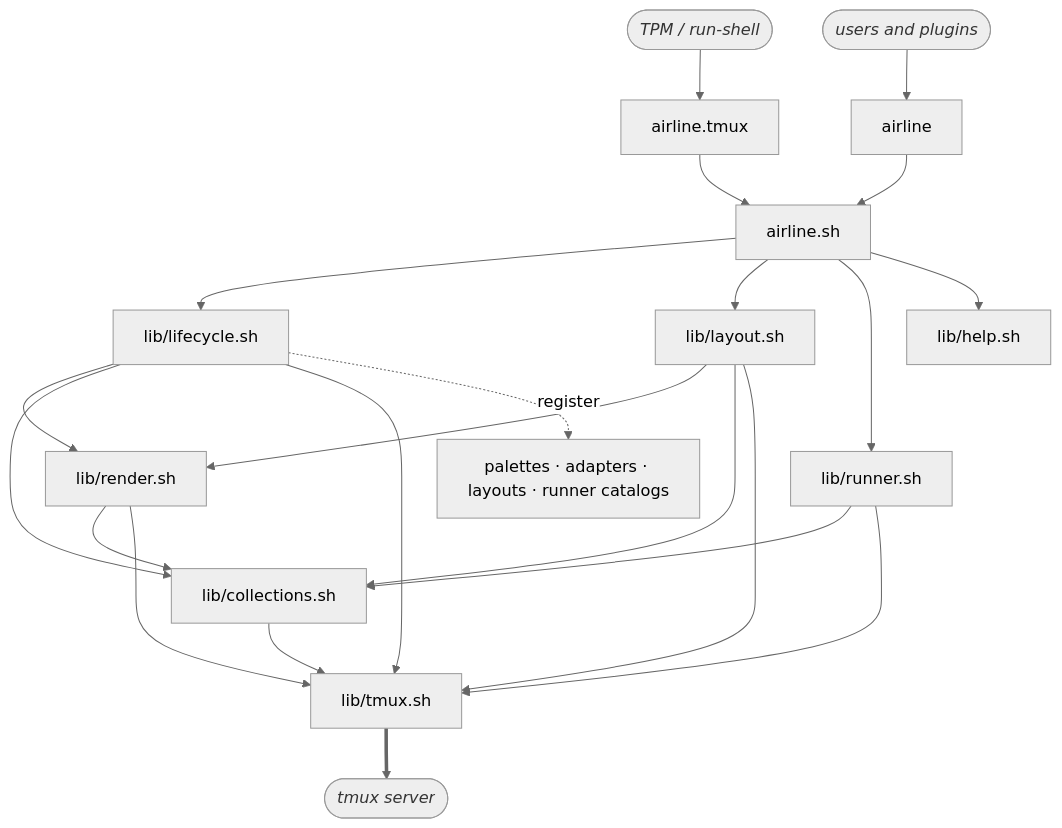
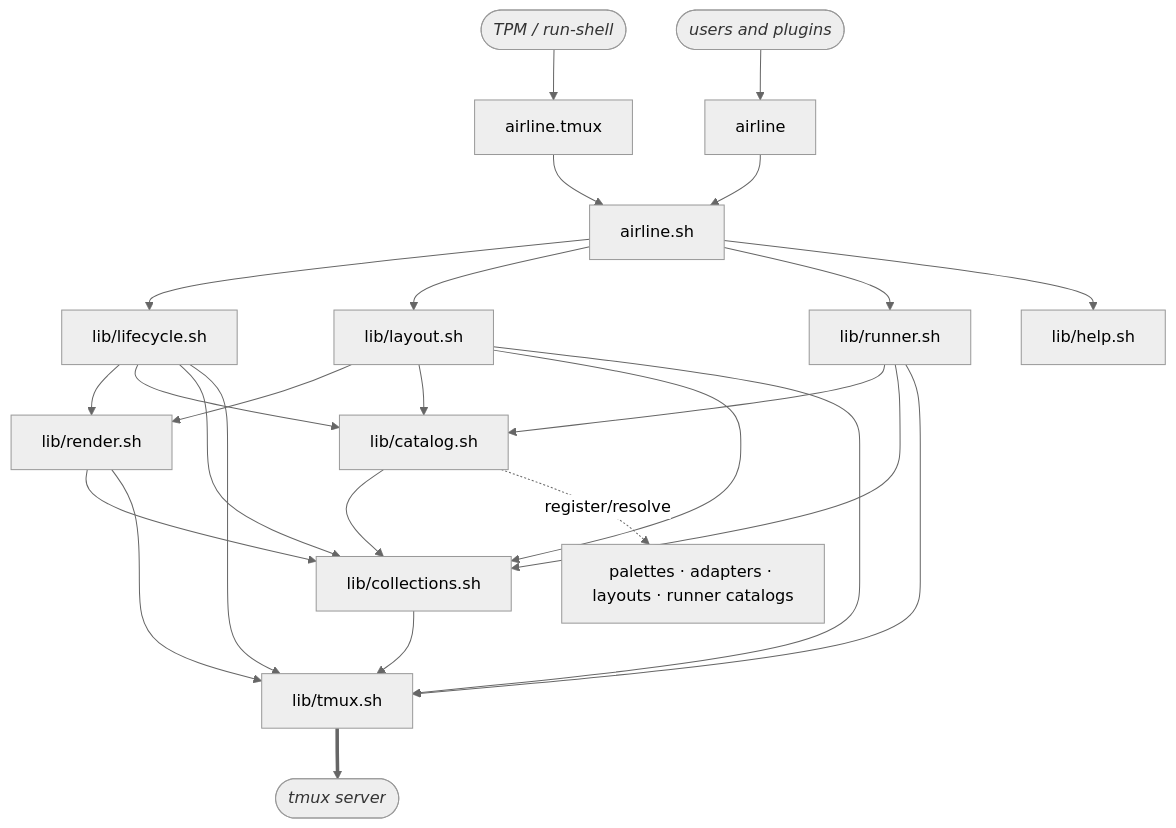
One commit to andrewjstryker/tmux-airline changed the first of 2 diagrams in DESIGN.md. Above: the diagram before and after it, drawn with Mermaid (neutral theme). The commit also changed other lines of this file and 10 other files, not shown here.

````diff
--- a/DESIGN.md
+++ b/DESIGN.md
@@ -56,26 +57,30 @@
 ```mermaid
 graph TD
     TPM([TPM / run-shell]):::ext --> ENTRY[airline.tmux]
     EXT([users and plugins]):::ext --> SHIM[airline]
     ENTRY --> CLI[airline.sh]
     SHIM --> CLI
     CLI --> LIFE[lib/lifecycle.sh]
     CLI --> LAYOUT[lib/layout.sh]
     CLI --> RUNNER[lib/runner.sh]
     CLI --> HELP[lib/help.sh]
     LIFE --> LOGIC[lib/render.sh]
     LAYOUT --> LOGIC
+    LIFE --> CAT[lib/catalog.sh]
+    LAYOUT --> CAT
+    RUNNER --> CAT
+    CAT --> COLL
     LIFE --> COLL[lib/collections.sh]
     LAYOUT --> COLL
     RUNNER --> COLL
     LOGIC --> COLL
     LIFE --> MECH[lib/tmux.sh]
     LAYOUT --> MECH
     RUNNER --> MECH
     LOGIC --> MECH
     COLL --> MECH
-    LIFE -. register .-> FILES[palettes · adapters · layouts · runner catalogs]
+    CAT -. register/resolve .-> FILES[palettes · adapters · layouts · runner catalogs]
     MECH ==> TMUX([tmux server]):::ext
 
     classDef ext fill:#eee,stroke:#999,color:#333,font-style:italic;
 ```
````
